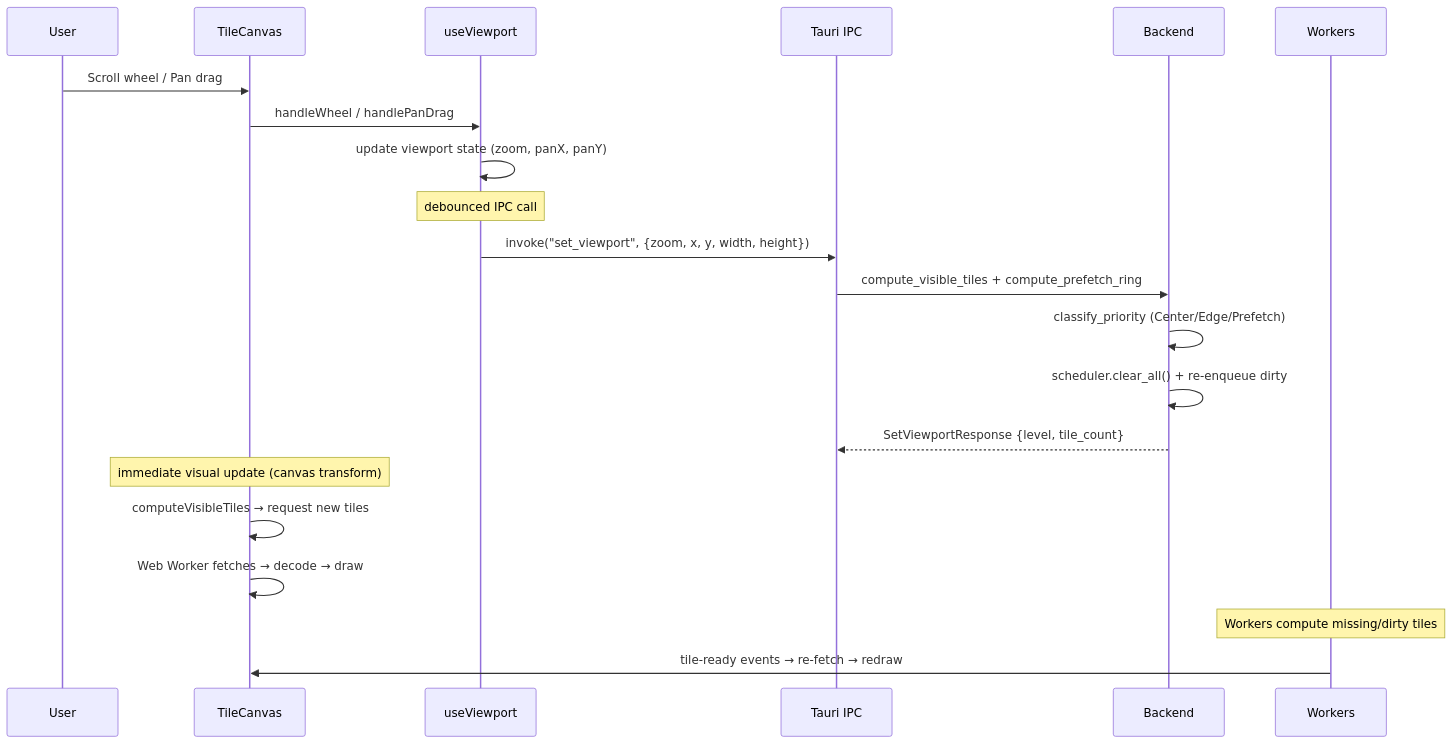
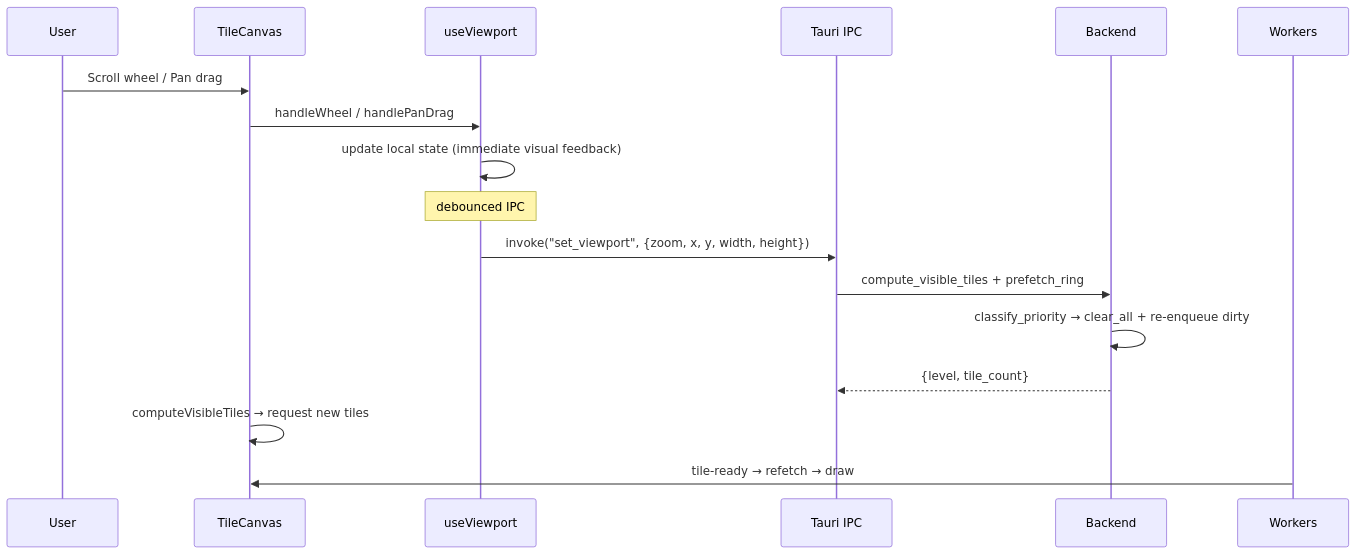
One commit to edrdavid1/dith-yuki changed the eighth of 9 diagrams in ARCHITECTURE.md. Above: the diagram before and after it, drawn with Mermaid. The commit also changed other lines of this file and 317 other files, not shown here.

````diff
--- a/ARCHITECTURE.md
+++ b/ARCHITECTURE.md
@@ -1213,25 +1385,20 @@
 ```mermaid
 sequenceDiagram
     participant User
     participant TileCanvas
     participant useViewport
     participant IPC as Tauri IPC
     participant Backend
     participant Workers
 
     User->>TileCanvas: Scroll wheel / Pan drag
     TileCanvas->>useViewport: handleWheel / handlePanDrag
-    useViewport->>useViewport: update viewport state (zoom, panX, panY)
-    Note over useViewport: debounced IPC call
+    useViewport->>useViewport: update local state (immediate visual feedback)
+    Note over useViewport: debounced IPC
     useViewport->>IPC: invoke("set_viewport", {zoom, x, y, width, height})
-    IPC->>Backend: compute_visible_tiles + compute_prefetch_ring
-    Backend->>Backend: classify_priority (Center/Edge/Prefetch)
-    Backend->>Backend: scheduler.clear_all() + re-enqueue dirty
-    Backend-->>IPC: SetViewportResponse {level, tile_count}
-
-    Note over TileCanvas: immediate visual update (canvas transform)
+    IPC->>Backend: compute_visible_tiles + prefetch_ring
+    Backend->>Backend: classify_priority → clear_all + re-enqueue dirty
+    Backend-->>IPC: {level, tile_count}
     TileCanvas->>TileCanvas: computeVisibleTiles → request new tiles
-    TileCanvas->>TileCanvas: Web Worker fetches → decode → draw
-    Note over Workers: Workers compute missing/dirty tiles
-    Workers->>TileCanvas: tile-ready events → re-fetch → redraw
+    Workers->>TileCanvas: tile-ready → refetch → draw
 ```
````
